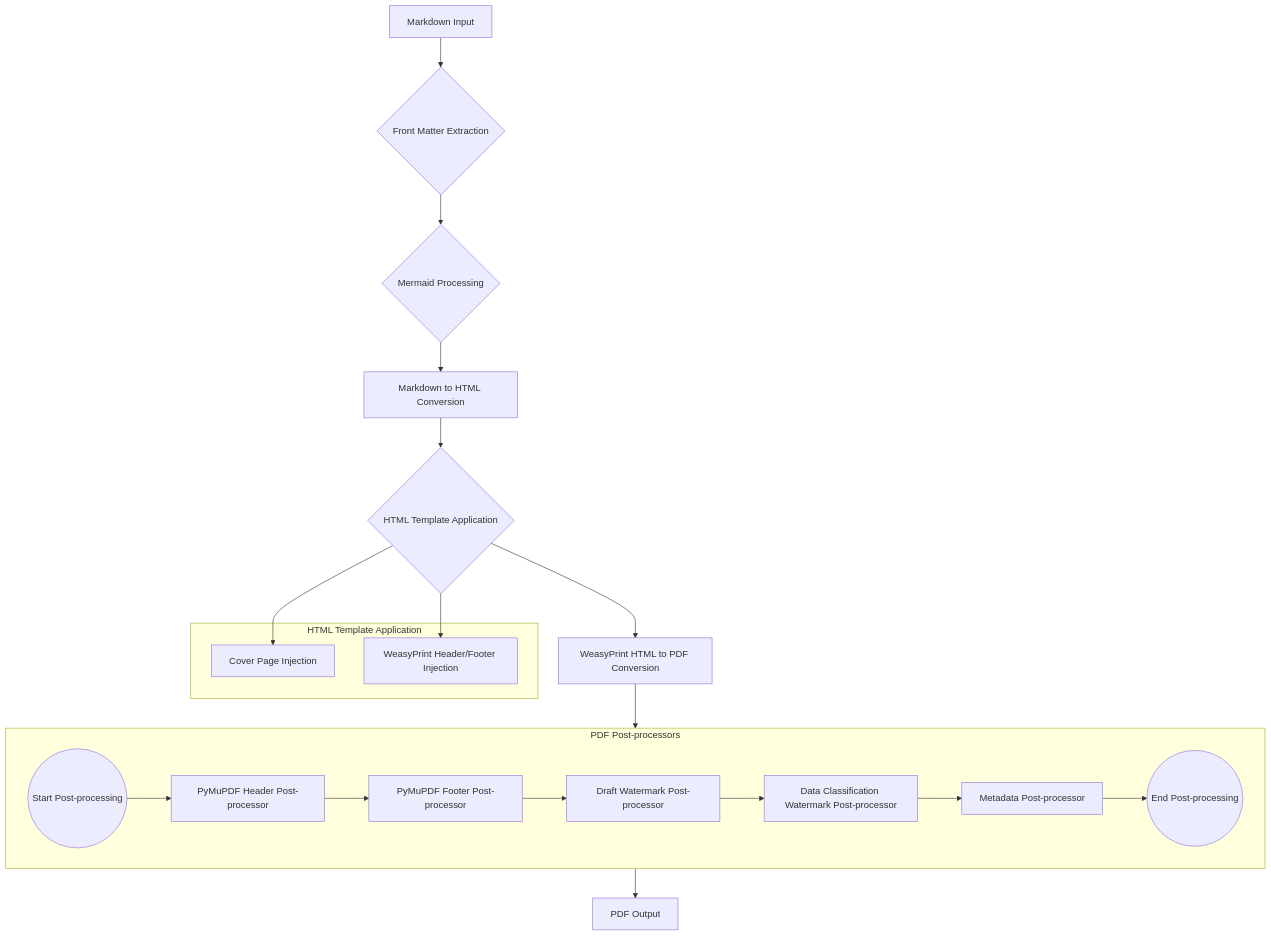
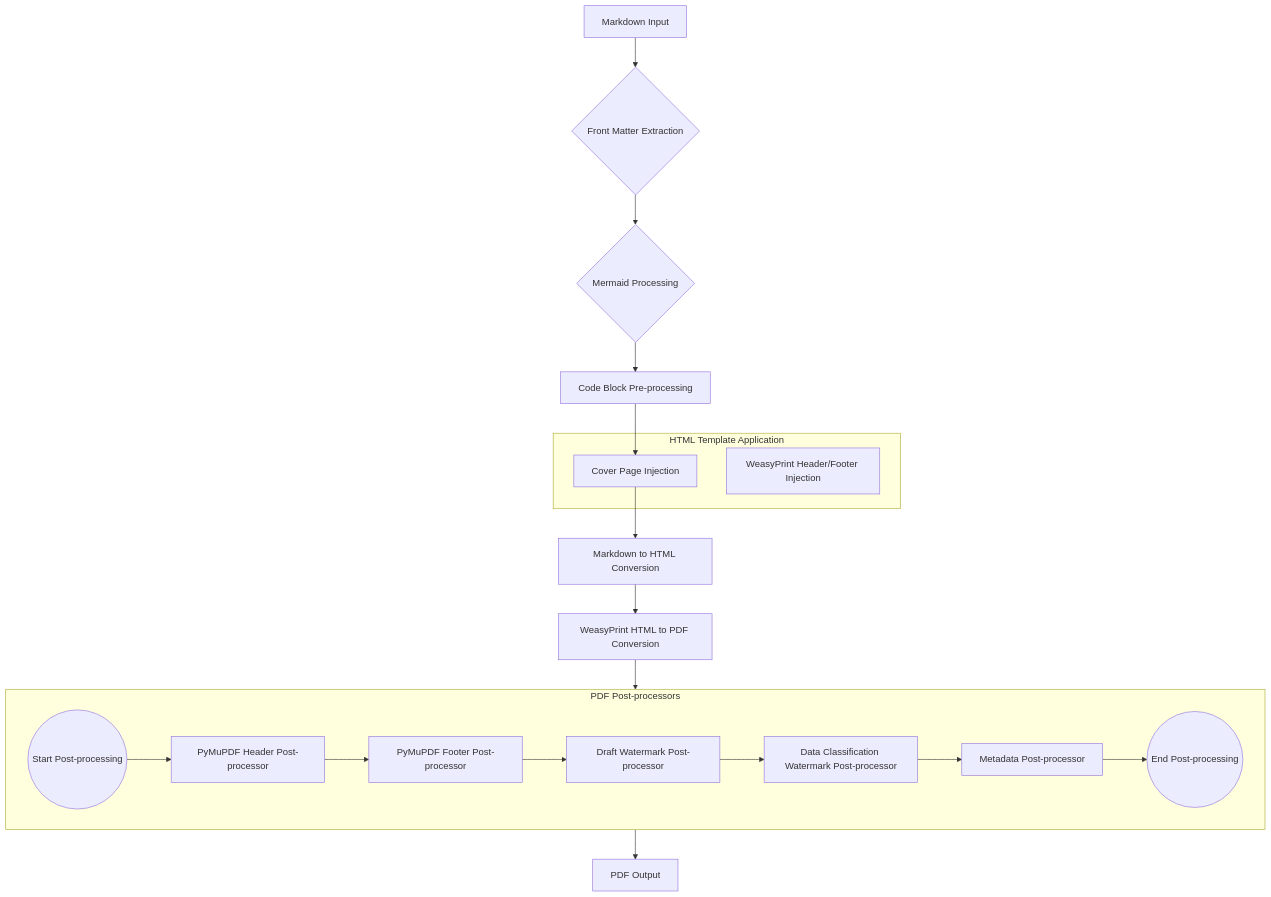
Before and after one commit to neoalienson/md_export_pdf: the diagram in README.md, drawn with Mermaid.

````diff
--- a/README.md
+++ b/README.md
@@ -53,30 +53,28 @@
 ```mermaid
 graph TD
     A[Markdown Input] --> B{Front Matter Extraction};
     B --> C{Mermaid Processing};
-    C --> D[Markdown to HTML Conversion];
-    D --> E{HTML Template Application};
-    E --> F[WeasyPrint HTML to PDF Conversion];
-    F[WeasyPrint HTML to PDF Conversion];
+    C --> C1[Code Block Pre-processing];
+    C1 -->E1
+    E1 --> D[Markdown to HTML Conversion];
+    D --> F[WeasyPrint HTML to PDF Conversion];
 
     subgraph PDF Post-processors
         direction LR
         G_start((Start Post-processing)) --> G1[PyMuPDF Header Post-processor];
         G1 --> G2[PyMuPDF Footer Post-processor];
         G2 --> G3[Draft Watermark Post-processor];
         G3 --> G4[Data Classification Watermark Post-processor];
         G4 --> G5[Metadata Post-processor];
         G5 --> G_end((End Post-processing));
     end
 
     F --> G_start;
     G_end --> H[PDF Output];
 
     subgraph HTML Template Application
         E1[Cover Page Injection]
         E2[WeasyPrint Header/Footer Injection]
     end
 
-    E --> E1;
-    E --> E2;
 ```
````
